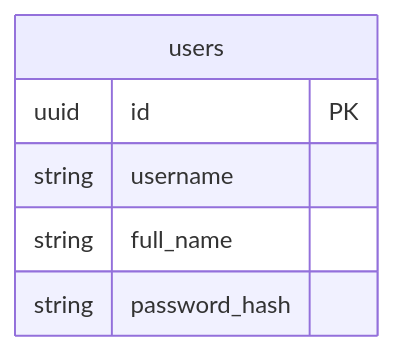
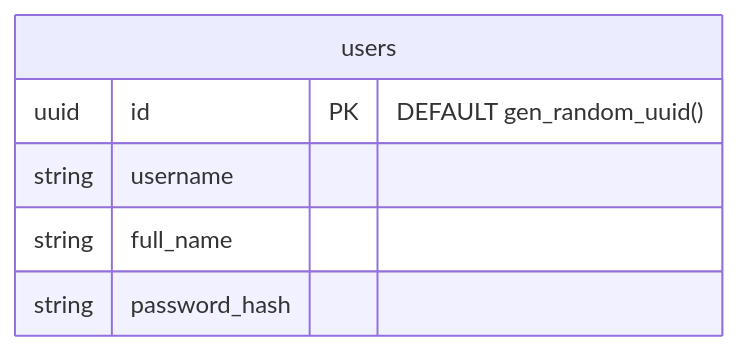
Before and after one commit to aydrian/fabric-stack-workshop: the diagram in workshop/part-4.md, drawn with Mermaid. The commit also changed other lines of this file and 6 other files, not shown here.

````diff
--- a/workshop/part-4.md
+++ b/workshop/part-4.md
@@ -9,9 +13,9 @@
 ```mermaid
 erDiagram
   users {
-    uuid id PK
+    uuid id PK "DEFAULT gen_random_uuid()"
     string username
     string full_name
     string password_hash
   }
 ```
````
